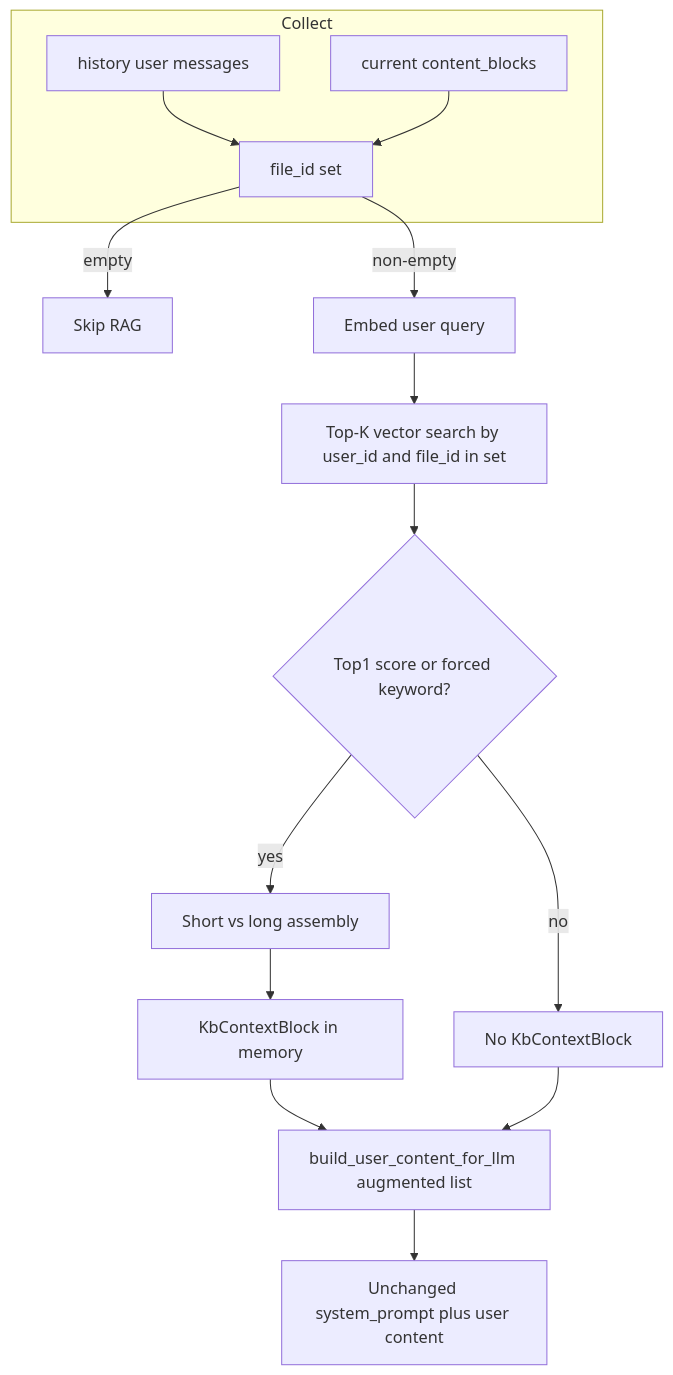
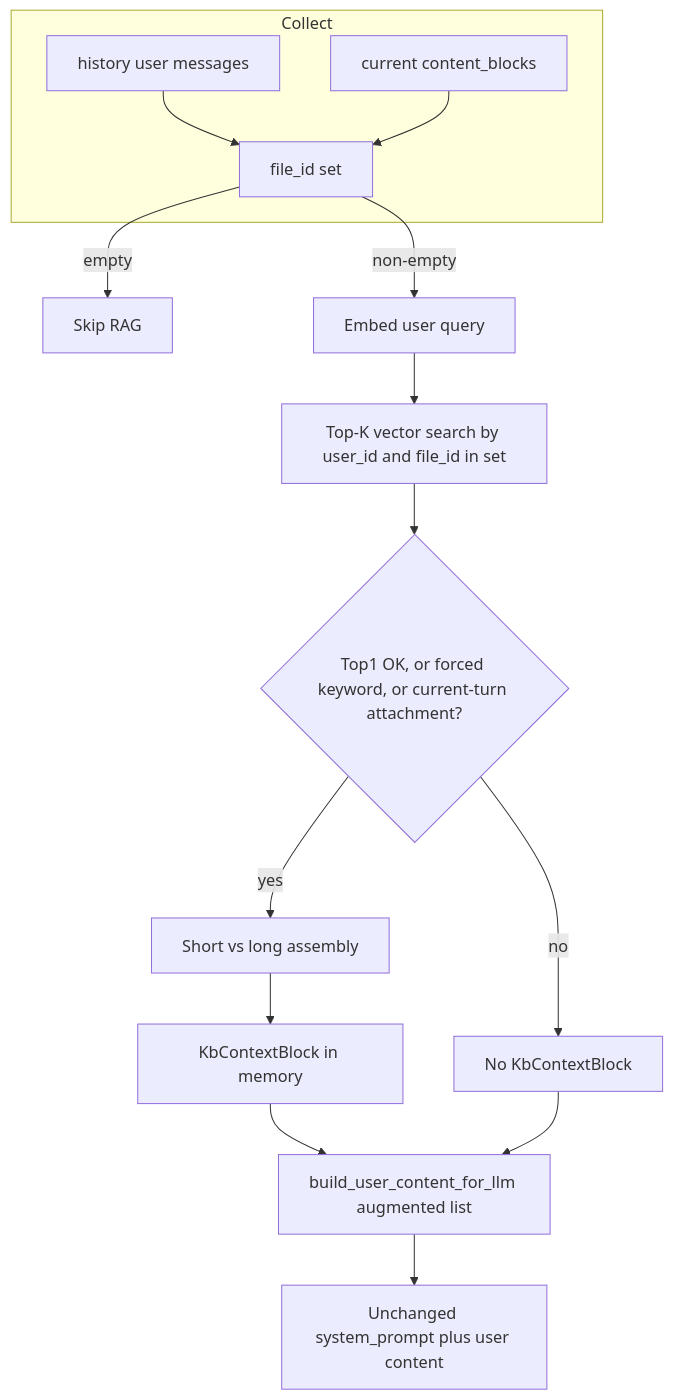
Before and after one commit to wuhonglei/chat-agent: the diagram in backend/.cursor/plans/会话_kb_rag_集成_最终.plan.md, drawn with Mermaid. The commit also changed other lines of this file, not shown here.

````diff
--- a/backend/.cursor/plans/会话_kb_rag_集成_最终.plan.md
+++ b/backend/.cursor/plans/会话_kb_rag_集成_最终.plan.md
@@ -53,19 +54,19 @@
 ```mermaid
 flowchart TD
   subgraph collect [Collect]
     H[history user messages]
     C[current content_blocks]
     H --> F[file_id set]
     C --> F
   end
   F -->|empty| skip[Skip RAG]
   F -->|non-empty| qembed[Embed user query]
   qembed --> search[Top-K vector search by user_id and file_id in set]
-  search --> gate{Top1 score or forced keyword?}
+  search --> gate{Top1 OK, or forced keyword, or current-turn attachment?}
   gate -->|no| noKb[No KbContextBlock]
   gate -->|yes| assemble[Short vs long assembly]
   assemble --> wrap[KbContextBlock in memory]
   wrap --> build[build_user_content_for_llm augmented list]
   noKb --> build
   build --> llm[Unchanged system_prompt plus user content]
 ```
````
